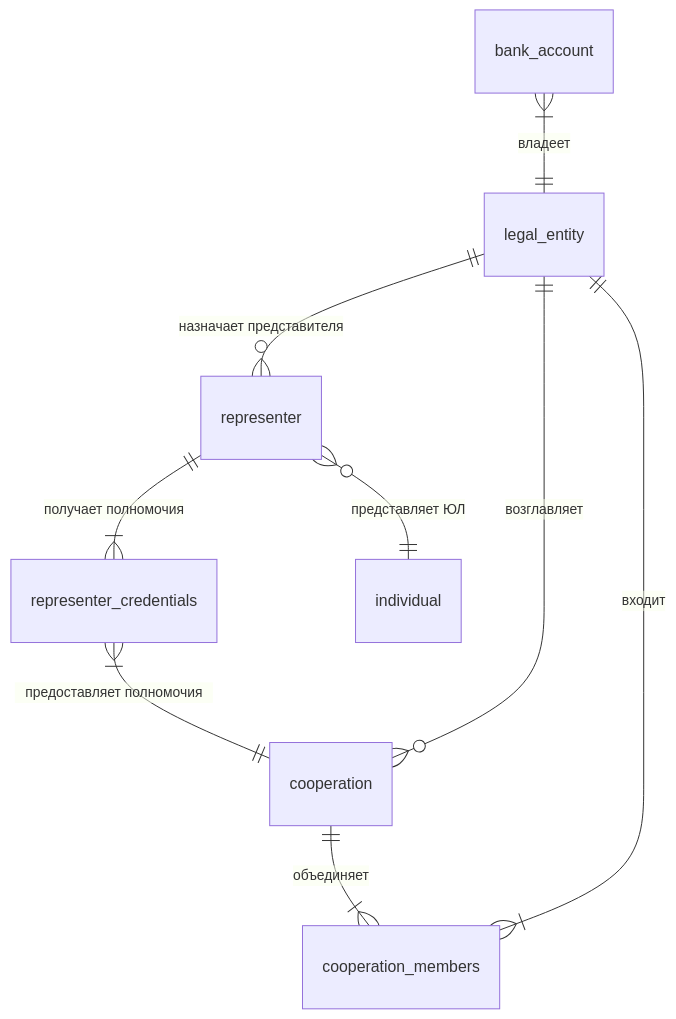
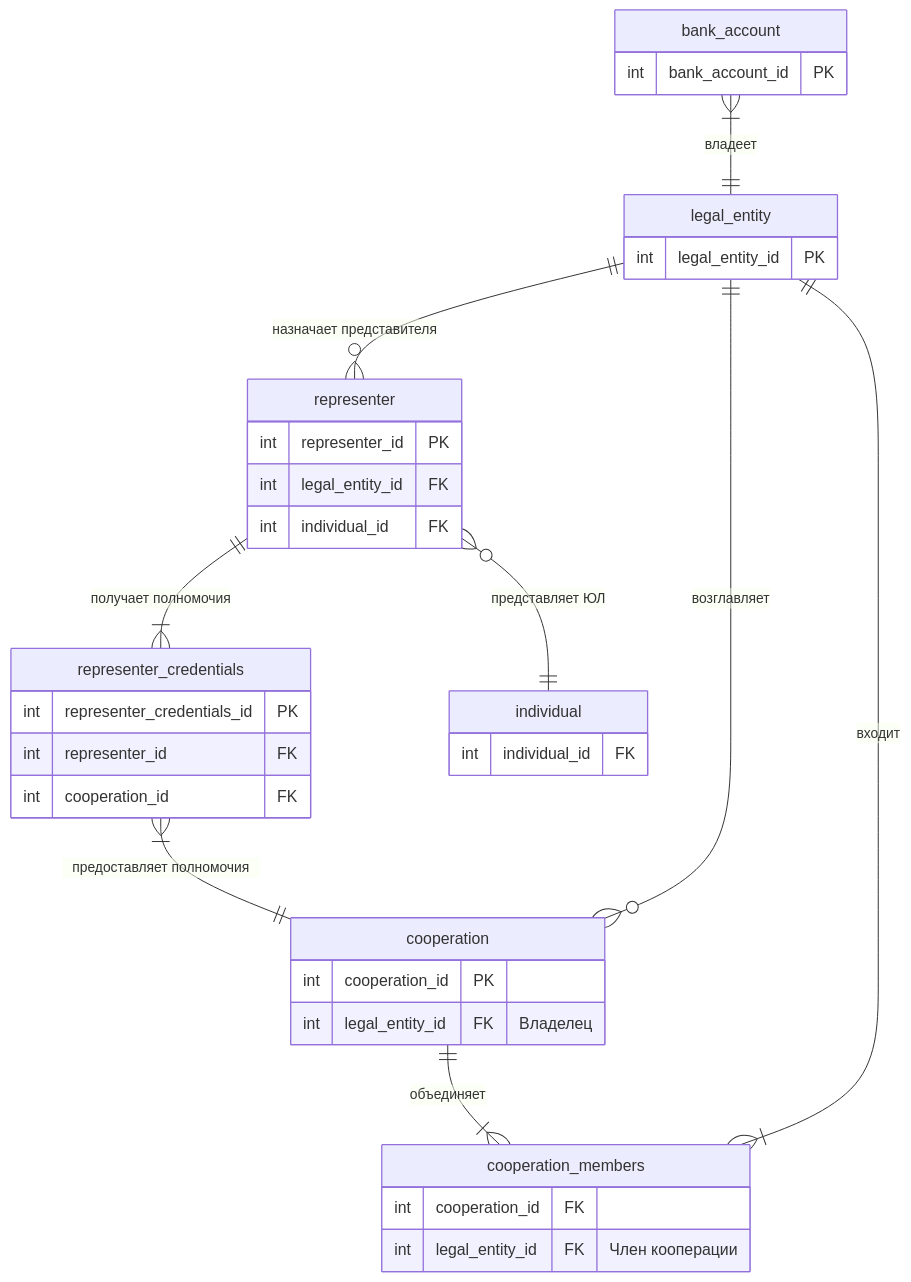
The first of 2 diagrams in corporate_banking/# case.md (oleshko-g/sa_cases), drawn with Mermaid before and after one commit.

Commit message:
Добавить первичные и внешние ключи в ERD corporate_banking

````diff
--- a/corporate_banking/# case.md
+++ b/corporate_banking/# case.md
@@ -42,20 +44,37 @@
 ```mermaid
-
 erDiagram
-legal_entity
-representer
-bank_account
-cooperation
-cooperation_members
-representer_credentials
-individual
+legal_entity {int legal_entity_id PK}
+representer {
+int representer_id PK
+int legal_entity_id FK
+int individual_id FK
+}
+bank_account {
+int bank_account_id PK
+}
+cooperation {
+int cooperation_id PK
+int legal_entity_id FK "Владелец"
+}
+cooperation_members {
+int cooperation_id FK
+int legal_entity_id FK "Член кооперации"
+}
+representer_credentials {
+int representer_credentials_id PK
+int representer_id FK
+int cooperation_id FK
+}
+individual {
+int individual_id FK
+}
 
 legal_entity ||--o{ representer : "назначает представителя"
 bank_account }|--|| legal_entity : "владеет"
 cooperation  }o--|| legal_entity : "возглавляет" 
 cooperation ||--|{ cooperation_members : "объединяет"
 legal_entity ||--|{ cooperation_members : "входит"
 representer ||--|{ representer_credentials : "получает полномочия"
 representer_credentials }|--|| cooperation : "предоставляет полномочия"
 representer }o--|| individual : "представляет ЮЛ"
 ```
````
